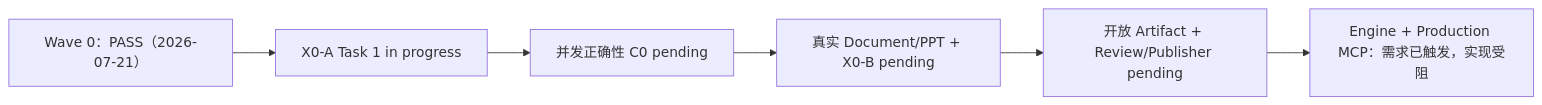
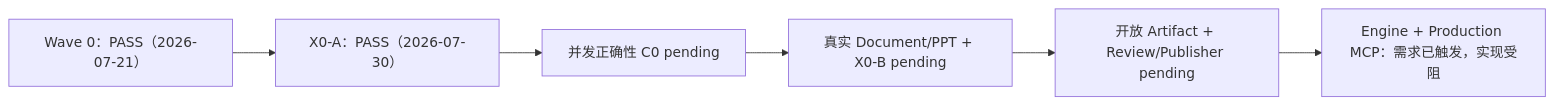
One commit to xrunmasterx/AllToNote changed the second of 2 diagrams in docs/tasks/alltonote-design-coverage-matrix.md. Above: the diagram before and after it, drawn with Mermaid. The commit also changed other lines of this file and 4 other files, not shown here.

````diff
--- a/docs/tasks/alltonote-design-coverage-matrix.md
+++ b/docs/tasks/alltonote-design-coverage-matrix.md
@@ -211,8 +211,8 @@
 ```mermaid
 flowchart LR
-    W0["Wave 0：PASS（2026-07-21）"] --> X0A["X0-A Task 1 in progress"]
+    W0["Wave 0：PASS（2026-07-21）"] --> X0A["X0-A：PASS（2026-07-30）"]
     X0A --> C0["并发正确性 C0 pending"]
     C0 --> DX0B["真实 Document/PPT + X0-B pending"]
     DX0B --> ARP["开放 Artifact + Review/Publisher pending"]
     ARP --> ENG["Engine + Production MCP：需求已触发，实现受阻"]
 ```
````
